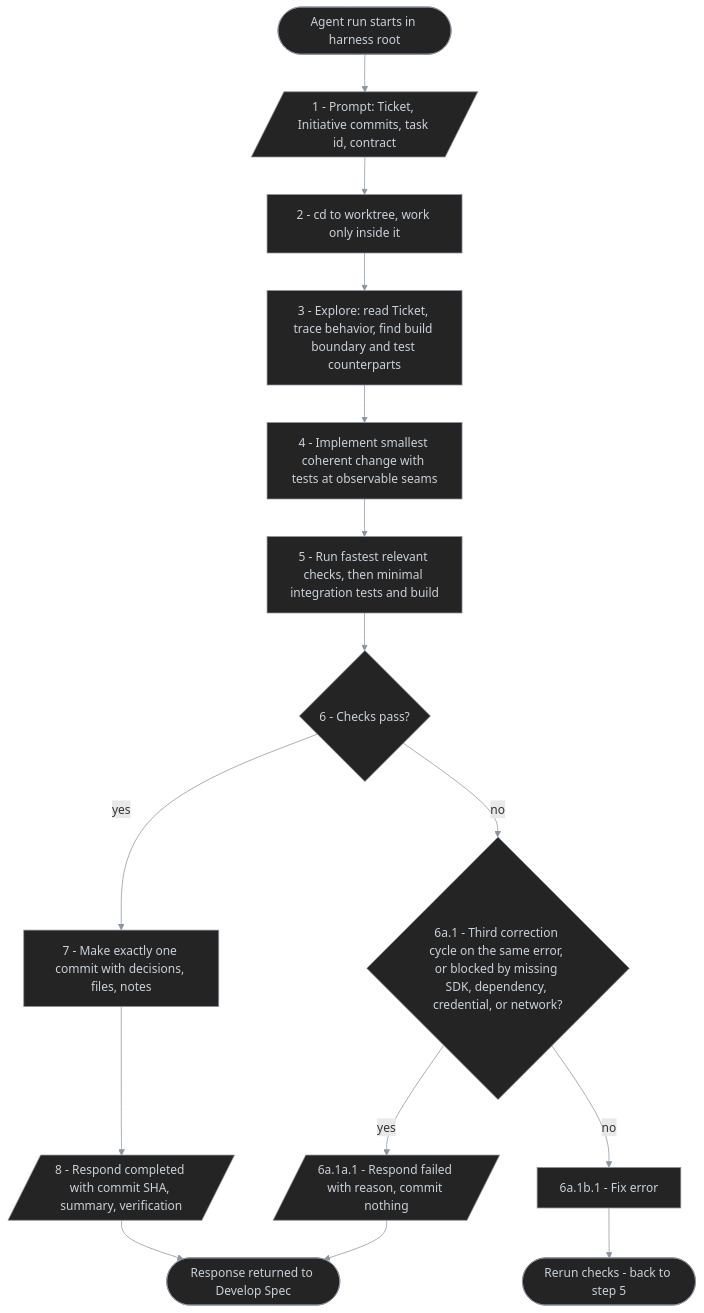
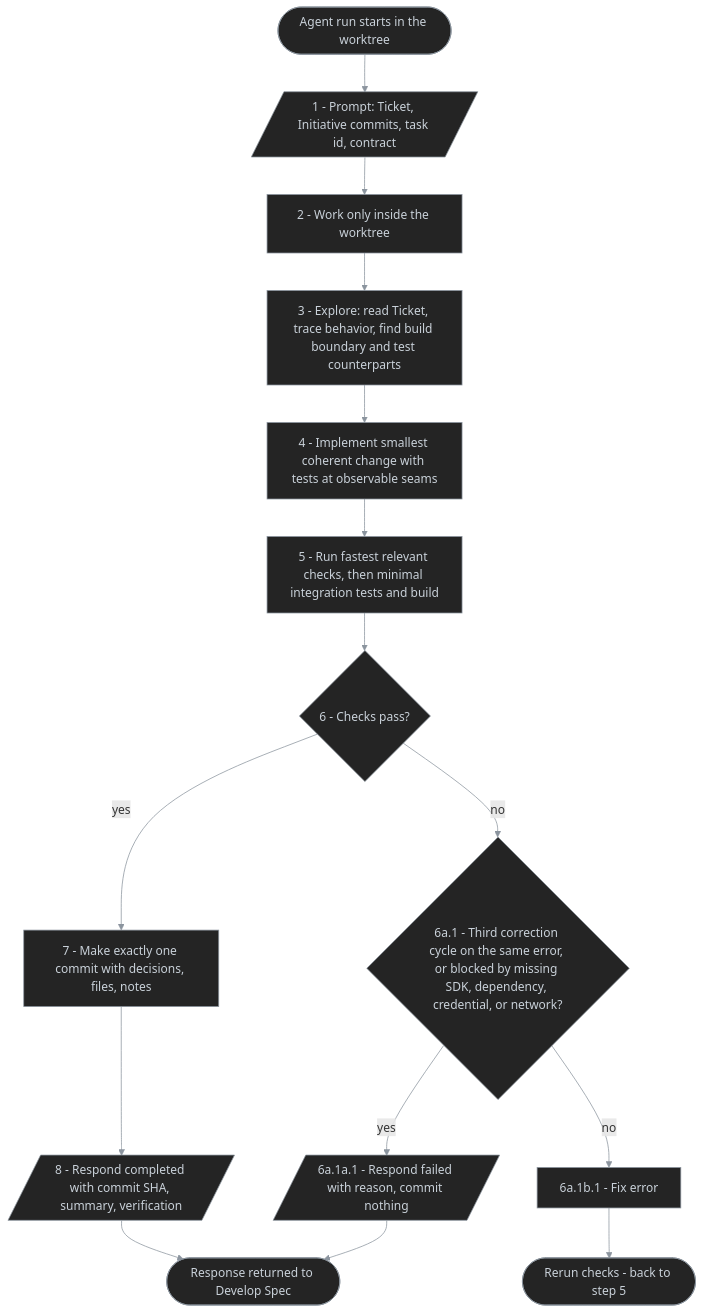
Before and after one commit to antshc/loop: the second of 3 diagrams in docs/concepts/dom-autonomous-spec-delivery.md, drawn with Mermaid. The commit also changed other lines of this file and 125 other files, not shown here.

````diff
--- a/docs/concepts/dom-autonomous-spec-delivery.md
+++ b/docs/concepts/dom-autonomous-spec-delivery.md
@@ -96,27 +96,27 @@
 ```mermaid
 %%{init: {'themeVariables': {'lineColor': '#8b949e'}}}%%
 %% diagram-id: deliver-ticket-flowchart
 flowchart TD
-    start(["Agent run starts in harness root"])
+    start(["Agent run starts in the worktree"])
     input[/"1 - Prompt: Ticket, Initiative commits, task id, contract"/]
-    cd["2 - cd to worktree, work only inside it"]
+    cd["2 - Work only inside the worktree"]
     explore["3 - Explore: read Ticket, trace behavior, find build boundary and test counterparts"]
     implement["4 - Implement smallest coherent change with tests at observable seams"]
     verify["5 - Run fastest relevant checks, then minimal integration tests and build"]
     pass{"6 - Checks pass?"}
     stuck{"6a.1 - Third correction cycle on the same error, or blocked by missing SDK, dependency, credential, or network?"}
     fix["6a.1b.1 - Fix error"]
     rerun(["Rerun checks - back to step 5"])
     failed[/"6a.1a.1 - Respond failed with reason, commit nothing"/]
     commit["7 - Make exactly one commit with decisions, files, notes"]
     completed[/"8 - Respond completed with commit SHA, summary, verification"/]
     endNode(["Response returned to Develop Spec"])
 
     start --> input --> cd --> explore --> implement --> verify --> pass
     pass -- yes --> commit --> completed --> endNode
     pass -- no --> stuck
     stuck -- yes --> failed --> endNode
     stuck -- no --> fix --> rerun
 
     classDef default fill:#242424,stroke:#8b949e,color:#c9d1d9,stroke-width:1px
 ```
````
